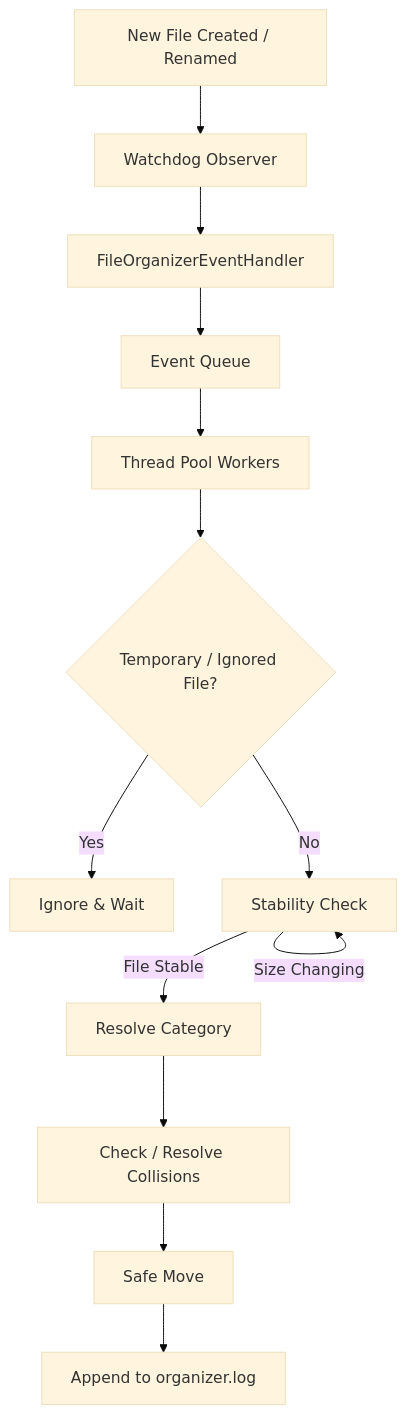
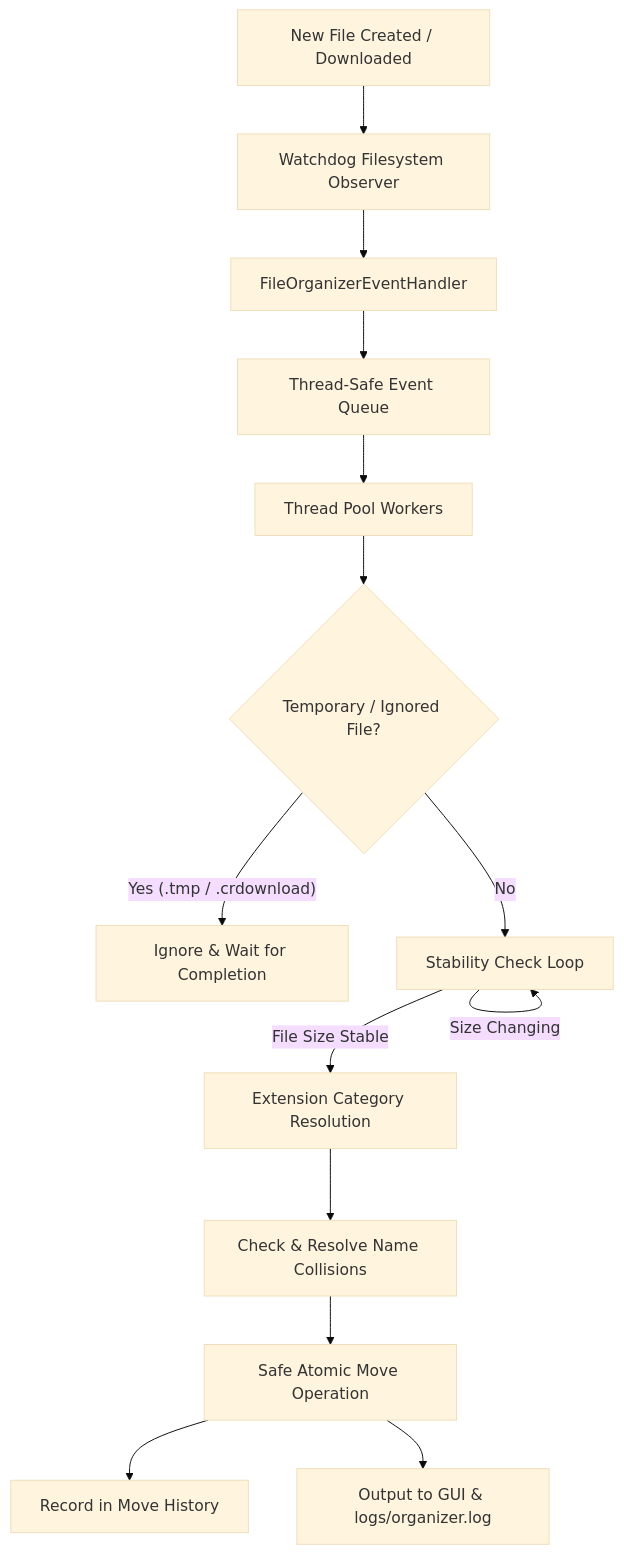
One commit to subediSanjok/Automated-Desktop-File-Organizer changed the diagram in README.md. Above: the diagram before and after it, drawn with Mermaid (base theme). The commit also changed other lines of this file and 1 other file, not shown here.

````diff
--- a/README.md
+++ b/README.md
@@ -70,15 +70,16 @@
 ```mermaid
 graph TD
-    A[New File Created / Renamed] --> B[Watchdog Observer]
+    A[New File Created / Downloaded] --> B[Watchdog Filesystem Observer]
     B --> C[FileOrganizerEventHandler]
-    C --> D[Event Queue]
+    C --> D[Thread-Safe Event Queue]
     D --> E[Thread Pool Workers]
     E --> F{Temporary / Ignored File?}
-    F -- Yes --> G[Ignore & Wait]
-    F -- No --> H[Stability Check]
+    F -- Yes (.tmp / .crdownload) --> G[Ignore & Wait for Completion]
+    F -- No --> H[Stability Check Loop]
     H -- Size Changing --> H
-    H -- File Stable --> I[Resolve Category]
-    I --> J[Check / Resolve Collisions]
-    J --> K[Safe Move]
-    K --> L[Append to organizer.log]
+    H -- File Size Stable --> I[Extension Category Resolution]
+    I --> J[Check & Resolve Name Collisions]
+    J --> K[Safe Atomic Move Operation]
+    K --> L[Record in Move History]
+    K --> M[Output to GUI & logs/organizer.log]
 ```
````
